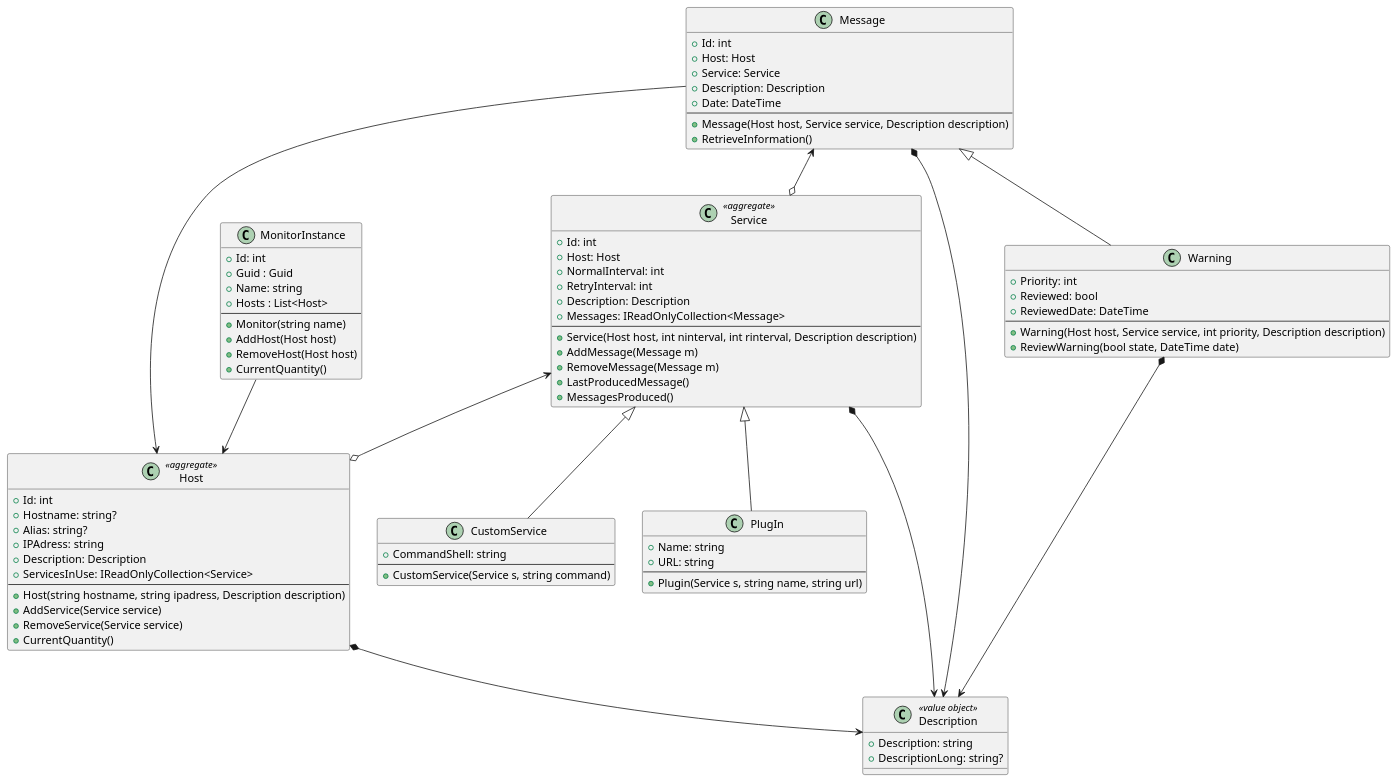
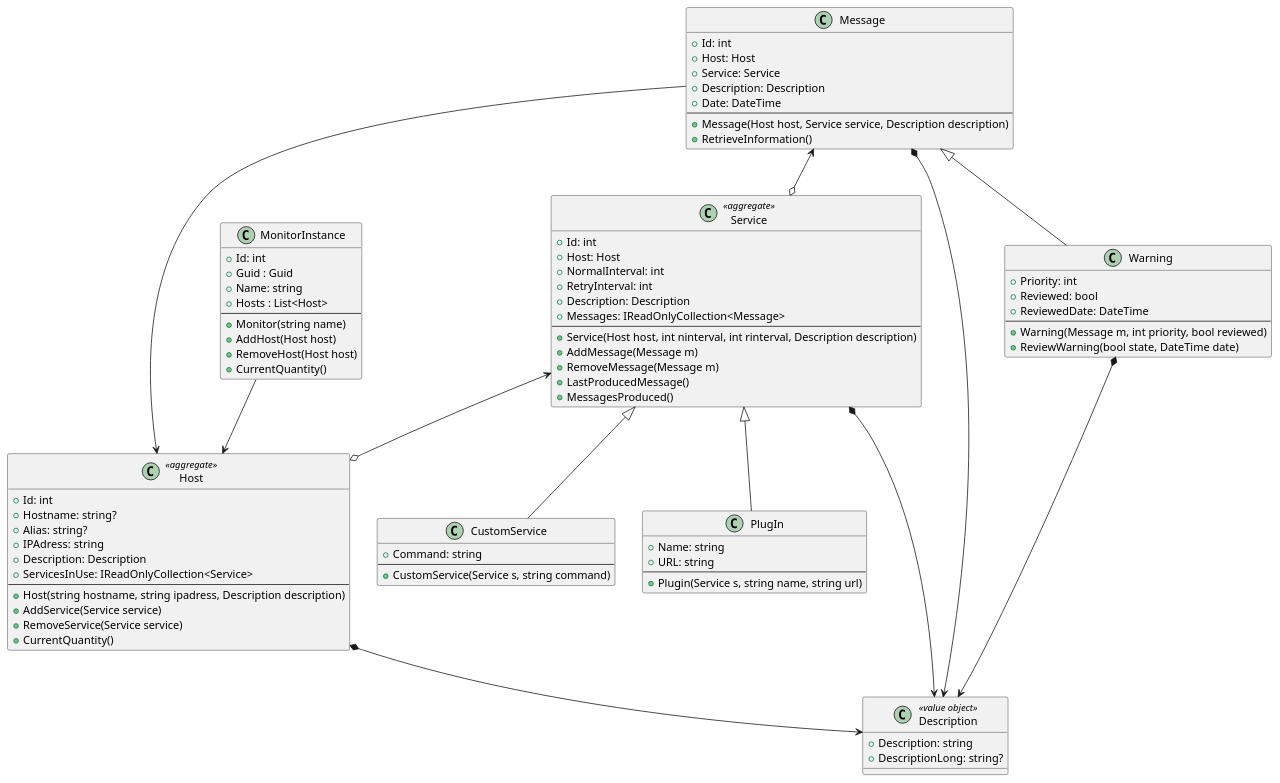
Before and after one commit to pa4ul/NetMonitor: the diagram in ClassDiagram/NetMonitor.puml, drawn with PlantUML. The commit also changed 28 other files, not shown here.

```diff
--- a/ClassDiagram/NetMonitor.puml
+++ b/ClassDiagram/NetMonitor.puml
@@ -1,97 +1,97 @@
 @startuml
 
 class MonitorInstance{
     + Id: int
     + Guid : Guid
     + Name: string
     + Hosts : List<Host>
     ---
     + Monitor(string name)
     + AddHost(Host host)
     + RemoveHost(Host host)
     + CurrentQuantity()
 }
 
 class Host <<aggregate>>{
     +Id: int
     +Hostname: string?
     +Alias: string?
     +IPAdress: string
     +Description: Description
     +ServicesInUse: IReadOnlyCollection<Service>
     ---
     +Host(string hostname, string ipadress, Description description)
     +AddService(Service service)
     +RemoveService(Service service)
     +CurrentQuantity()
 }
 class Service<<aggregate>>{
     +Id: int
     +Host: Host
     +NormalInterval: int
     +RetryInterval: int
     +Description: Description
     +Messages: IReadOnlyCollection<Message>
     ---
     +Service(Host host, int ninterval, int rinterval, Description description)
     +AddMessage(Message m)
     +RemoveMessage(Message m)
     +LastProducedMessage()
     +MessagesProduced()
 }
 class Message{
     +Id: int
     +Host: Host
     +Service: Service
     +Description: Description
     +Date: DateTime
     ---
     +Message(Host host, Service service, Description description)
     +RetrieveInformation()
 }
 class CustomService{
-    +CommandShell: string
+    +Command: string
     ---
     +CustomService(Service s, string command)
 }
 
 class PlugIn{
     +Name: string
     +URL: string
     ---
     +Plugin(Service s, string name, string url)
 }
 
 class Description <<value object>>{
     +Description: string
     +DescriptionLong: string?
 }
 
 class Warning{
     +Priority: int
     +Reviewed: bool
     +ReviewedDate: DateTime
     ---
-    +Warning(Host host, Service service, int priority, Description description)
+    +Warning(Message m, int priority, bool reviewed)
     +ReviewWarning(bool state, DateTime date)
 }
 
 MonitorInstance --> Host
 
 Host *--> Description
 Service *--> Description
 Warning *--> Description
 Message *--> Description
 
 
 Message <--o Service
 Service <--o Host
 
 Message --> Host
 
 Warning -up-|> Message
 CustomService -up-|> Service
 PlugIn -up-|> Service
 
 
 @enduml
```
